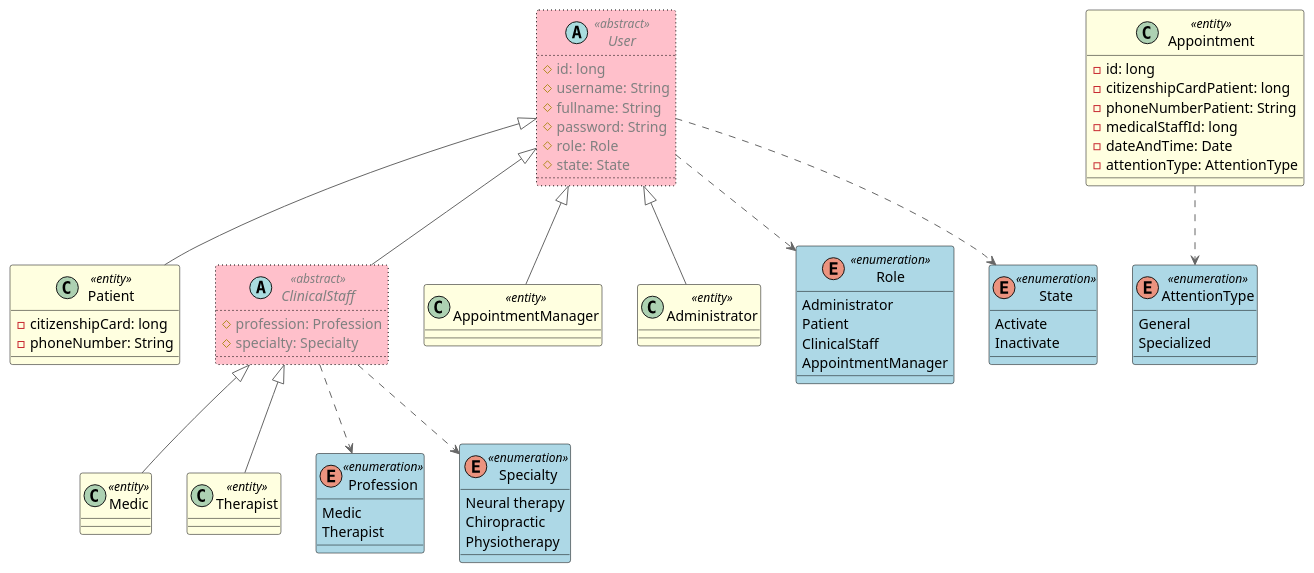
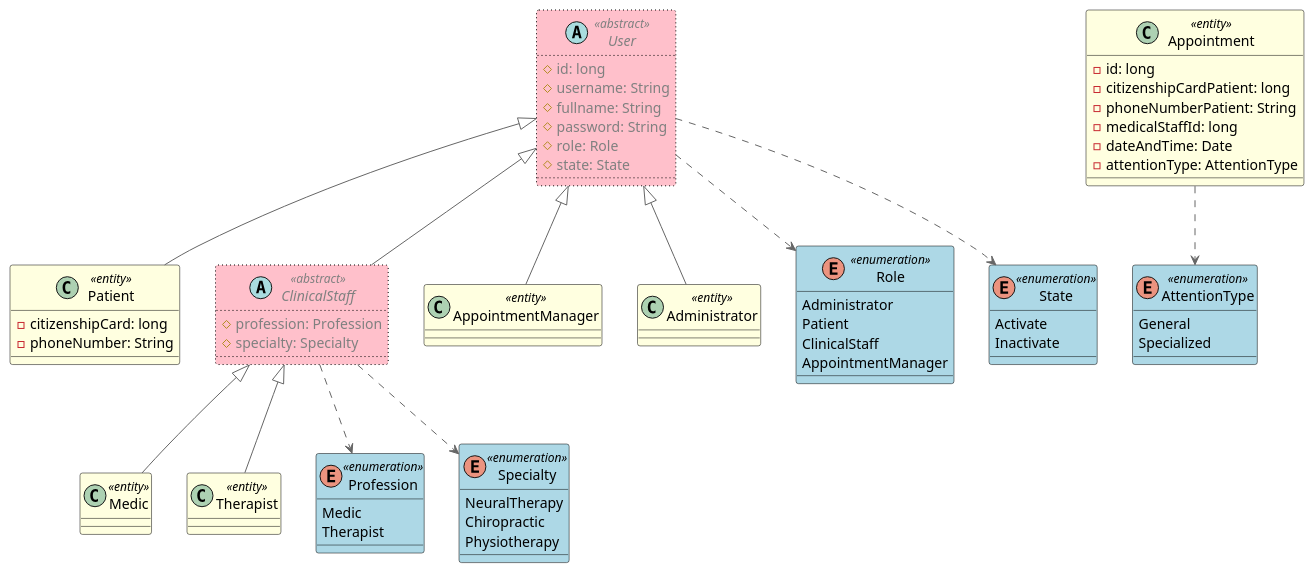
The diagram in 1.Project-with_Monolithic_Architecture/mod_app_piedrazul_medical_services_network/Domain/dClassDomain.puml (FernandoMulato/Piedrazul-Medical-Services-Network), drawn with PlantUML before and after one commit. The commit also changed 27 other files, not shown here.

```diff
--- a/1.Project-with_Monolithic_Architecture/mod_app_piedrazul_medical_services_network/Domain/dClassDomain.puml
+++ b/1.Project-with_Monolithic_Architecture/mod_app_piedrazul_medical_services_network/Domain/dClassDomain.puml
@@ -1,87 +1,87 @@
 @startuml ClassesDomain
 
 !include https://raw.githubusercontent.com/plantuml-stdlib/C4-PlantUML/master/C4_Deployment.puml
 
 abstract User <<abstract>> #Pink;line:Black;line.dotted;text:gray {
   # id: long 
   # username: String
   # fullname: String
   # password: String
   # role: Role
   # state: State
   ' <<Constructor>> +User(): void 
 }
 
 class Patient <<entity>> #LightYellow;line:Black;text:Black extends User {
   - citizenshipCard: long
   - phoneNumber: String
   ' <<Constructor>> +User(): void 
 } 
 
 abstract ClinicalStaff <<abstract>> #Pink;line:Black;line.dotted;text:gray extends User {
   # profession: Profession
   # specialty: Specialty
 }
 
 class Medic <<entity>> #LightYellow;line:Black;text:Black extends ClinicalStaff {}
 
 class Therapist <<entity>> #LightYellow;line:Black;text:Black extends ClinicalStaff {}
 
 class AppointmentManager <<entity>> #LightYellow;line:Black;text:Black extends User {}
 
 class Administrator <<entity>> #LightYellow;line:Black;text:Black extends User {}
 
 class Appointment <<entity>> #LightYellow;line:Black;text:Black {
   -id: long
   -citizenshipCardPatient: long
   -phoneNumberPatient: String
   -medicalStaffId: long
   -dateAndTime: Date 
   -attentionType: AttentionType
 }
 
 enum Role <<enumeration>> #LightBlue;line:Black;text:Black {
   Administrator
   Patient
   ClinicalStaff
   AppointmentManager
 }
 
 enum Profession <<enumeration>> #LightBlue;line:Black;text:Black {
   Medic
   Therapist 
 }
 
 enum Specialty <<enumeration>> #LightBlue;line:Black;text:Black {
-  Neural therapy
+  NeuralTherapy
   Chiropractic
   Physiotherapy
 }
 
 enum State <<enumeration>> #LightBlue;line:Black;text:Black {
   Activate
   Inactivate
 }
 
 enum AttentionType <<enumeration>> #LightBlue;line:Black;text:Black {
   General
   Specialized
 }
 
 User ..> Role
 User ..> State 
 
 ClinicalStaff ..> Profession
 ClinicalStaff ..> Specialty
 
 Appointment ..> AttentionType
 
 ' UserController ..> User
 ' UserController ..> IUserService
 
 ' IUserService ..> User
 
 ' UserService ..> User
 ' UserService ..> IUserRepository
 
 @enduml
```
